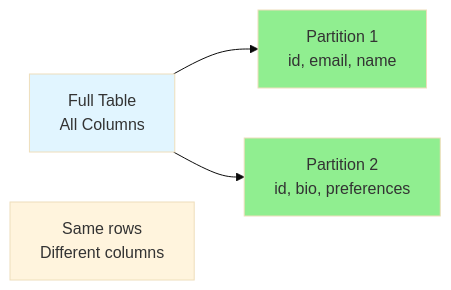
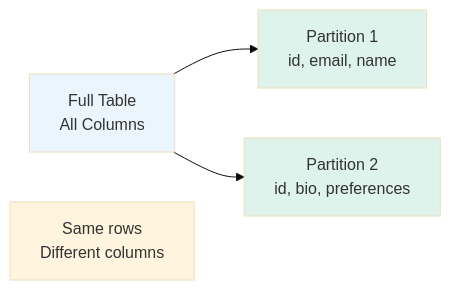
The fifth of 46 diagrams in LLD/CoreConcepts/Sharding.md (cartmancodes/InterviewVault), drawn with Mermaid (base theme) before and after one commit. The commit also changed other lines of this file and 679 other files, not shown here.

Commit message:
Unify content diagrams and add accessible visual walkthroughs

````diff
--- a/LLD/CoreConcepts/Sharding.md
+++ b/LLD/CoreConcepts/Sharding.md
@@ -131,13 +131,13 @@
 ```mermaid
 graph LR
     FULL[Full Table<br/>All Columns]
     
     FULL --> V1[Partition 1<br/>id, email, name]
     FULL --> V2[Partition 2<br/>id, bio, preferences]
     
     NOTE[Same rows<br/>Different columns]
     
-    style FULL fill:#e1f5ff
-    style V1 fill:#90EE90
-    style V2 fill:#90EE90
+    style FULL fill:#EAF5FD
+    style V1 fill:#DDF3EC
+    style V2 fill:#DDF3EC
 ```
````
